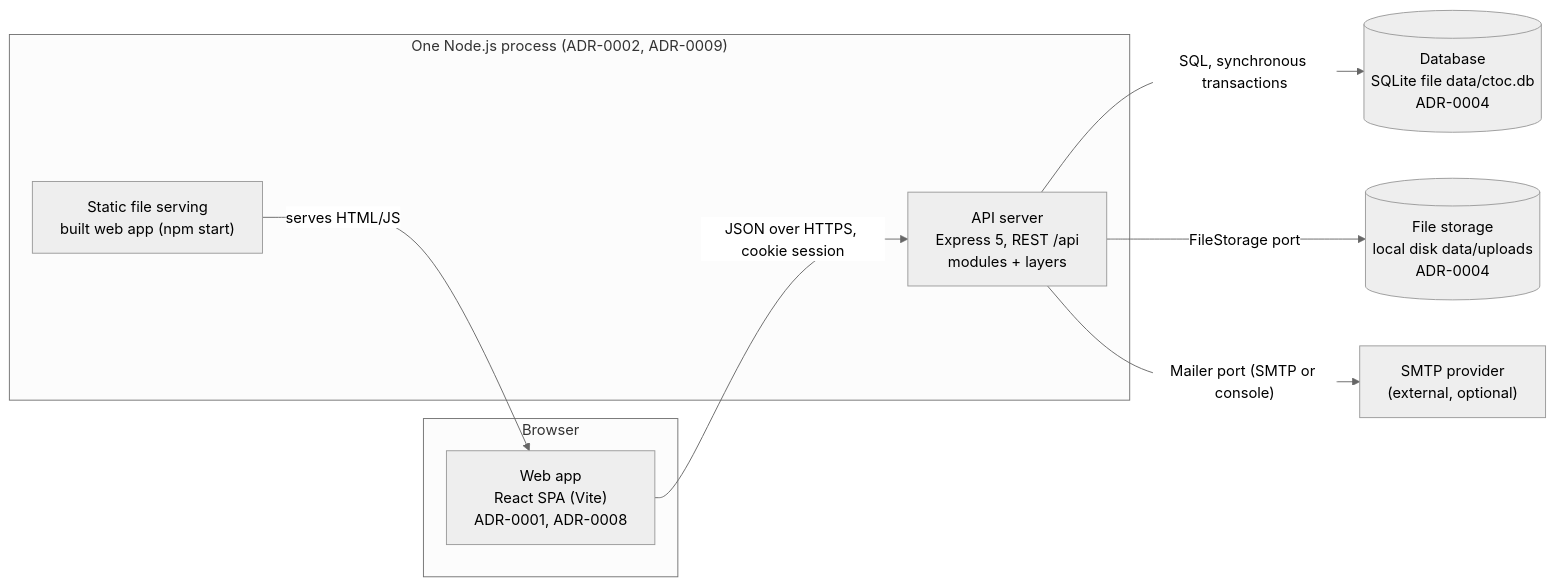
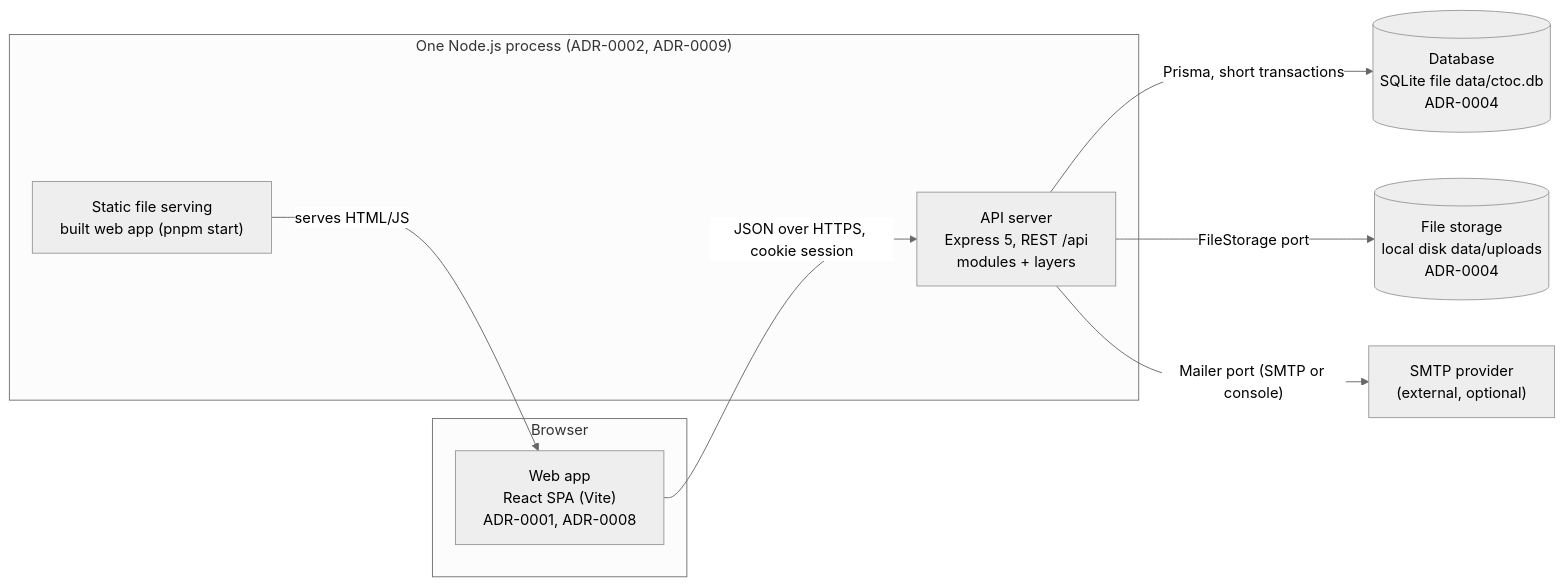
The second of 2 diagrams in docs/architecture/overview.md (arinakhmel/CtoC), drawn with Mermaid (neutral theme) before and after one commit. The commit also changed other lines of this file and 99 other files, not shown here.

````diff
--- a/docs/architecture/overview.md
+++ b/docs/architecture/overview.md
@@ -82,21 +82,21 @@
 ```mermaid
 flowchart LR
     subgraph browser["Browser"]
         web["Web app<br/>React SPA (Vite)<br/>ADR-0001, ADR-0008"]
     end
 
     subgraph server["One Node.js process (ADR-0002, ADR-0009)"]
         api["API server<br/>Express 5, REST /api<br/>modules + layers"]
-        static["Static file serving<br/>built web app (npm start)"]
+        static["Static file serving<br/>built web app (pnpm start)"]
     end
 
     db[("Database<br/>SQLite file data/ctoc.db<br/>ADR-0004")]
     files[("File storage<br/>local disk data/uploads<br/>ADR-0004")]
     smtp["SMTP provider<br/>(external, optional)"]
 
     web -- "JSON over HTTPS, cookie session" --> api
     static -- "serves HTML/JS" --> web
-    api -- "SQL, synchronous transactions" --> db
+    api -- "Prisma, short transactions" --> db
     api -- "FileStorage port" --> files
     api -- "Mailer port (SMTP or console)" --> smtp
 ```
````
